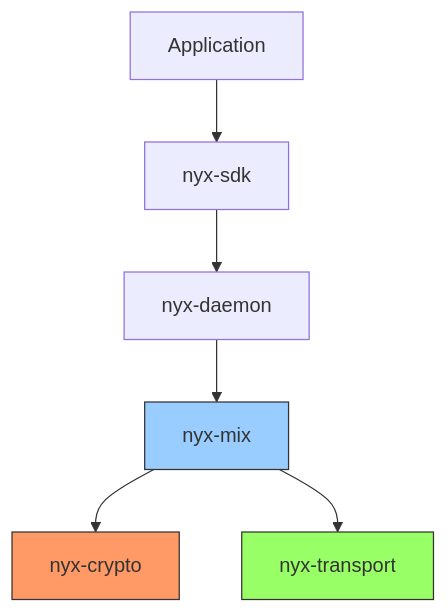
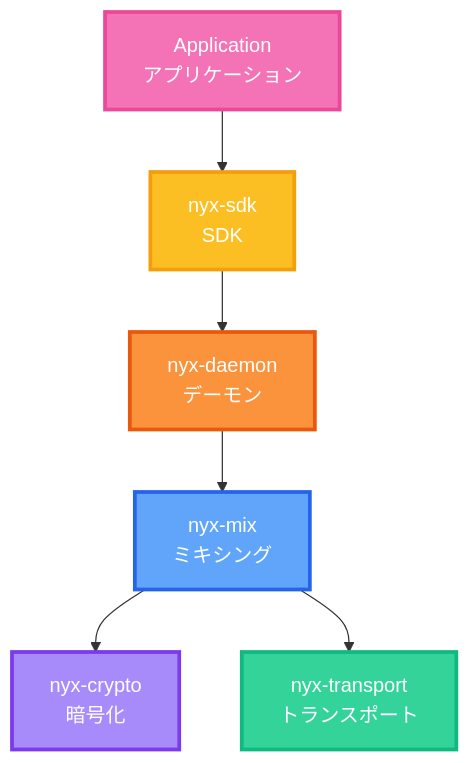
One commit to Nyx-Protocol/Nyx changed the first of 5 diagrams in presentation/slides.md. Above: the diagram before and after it, drawn with Mermaid. The commit also changed other lines of this file and 9 other files, not shown here.

````diff
--- a/presentation/slides.md
+++ b/presentation/slides.md
@@ -191,19 +276,22 @@
-```mermaid
+```mermaid {scale: 0.4}
 graph TB
-    A[Application]
-    B[nyx-sdk]
-    C[nyx-daemon]
-    D[nyx-mix]
-    E[nyx-crypto]
-    F[nyx-transport]
+    A[Application<br/>アプリケーション]
+    B[nyx-sdk<br/>SDK]
+    C[nyx-daemon<br/>デーモン]
+    D[nyx-mix<br/>ミキシング]
+    E[nyx-crypto<br/>暗号化]
+    F[nyx-transport<br/>トランスポート]
     
     A --> B
     B --> C
     C --> D
     D --> E
     D --> F
     
-    style E fill:#f96,stroke:#333
-    style D fill:#9cf,stroke:#333
-    style F fill:#9f6,stroke:#333
+    style E fill:#a78bfa,stroke:#7c3aed,stroke-width:3px,color:#fff
+    style D fill:#60a5fa,stroke:#2563eb,stroke-width:3px,color:#fff
+    style F fill:#34d399,stroke:#10b981,stroke-width:3px,color:#fff
+    style A fill:#f472b6,stroke:#ec4899,stroke-width:3px,color:#fff
+    style B fill:#fbbf24,stroke:#f59e0b,stroke-width:3px,color:#fff
+    style C fill:#fb923c,stroke:#ea580c,stroke-width:3px,color:#fff
 ```
````
